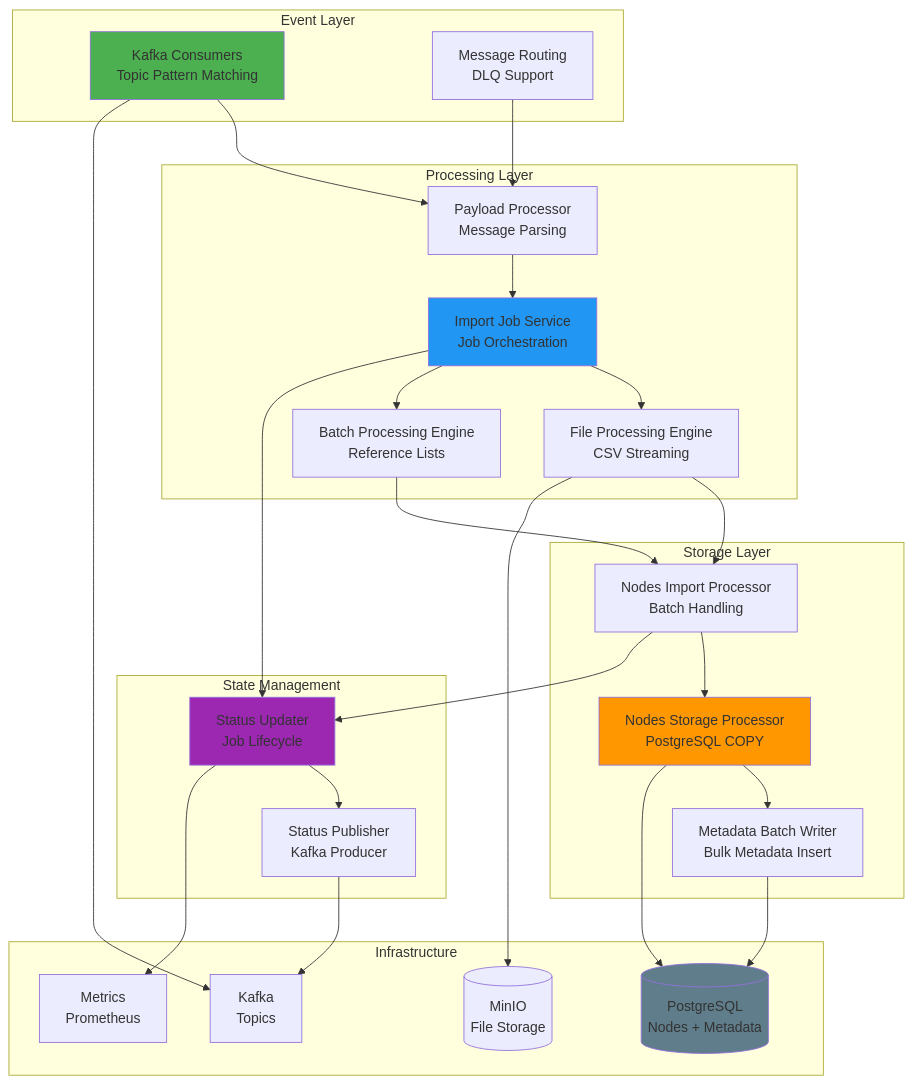
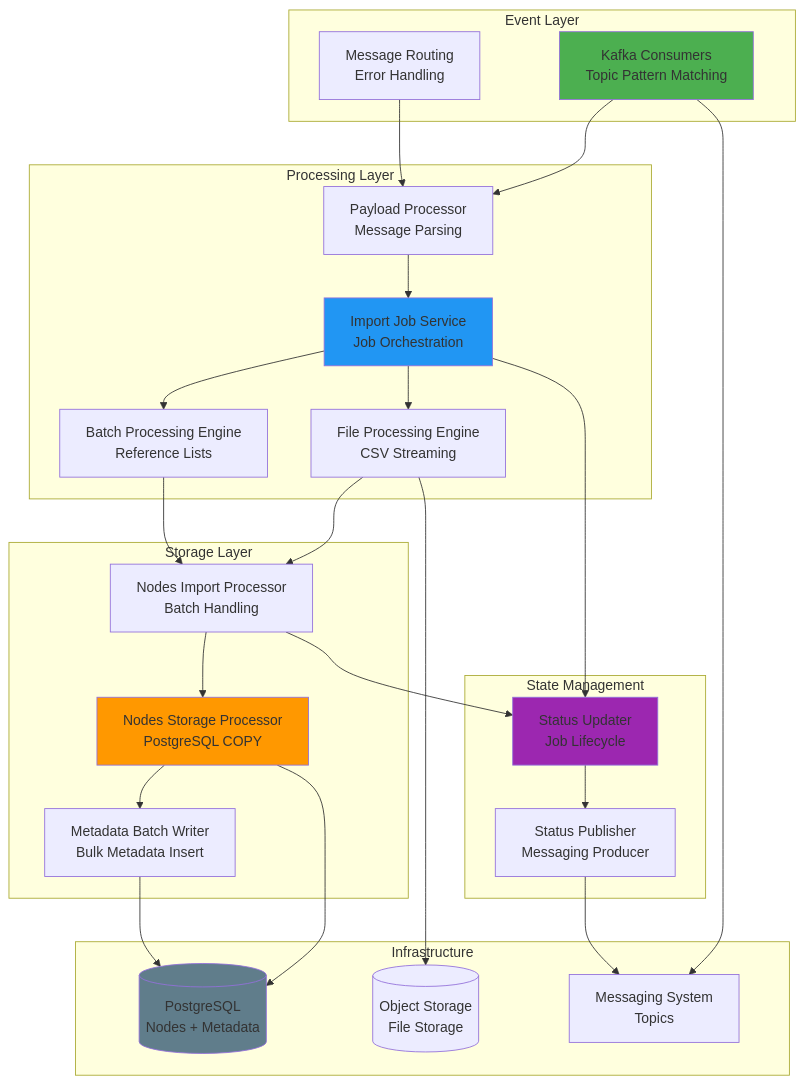
Before and after one commit to kagit00/schedule_x: the second of 27 diagrams in docs/Low Level Designs/NodesImport.md, drawn with Mermaid. The commit also changed other lines of this file and 7 other files, not shown here.

````diff
--- a/docs/Low Level Designs/NodesImport.md
+++ b/docs/Low Level Designs/NodesImport.md
@@ -118,59 +79,57 @@
 ```mermaid
 graph TB
     subgraph "Event Layer"
         A1[Kafka Consumers<br/>Topic Pattern Matching]
-        A2[Message Routing<br/>DLQ Support]
+        A2[Message Routing<br/>Error Handling]
     end
     
     subgraph "Processing Layer"
         B1[Payload Processor<br/>Message Parsing]
         B2[Import Job Service<br/>Job Orchestration]
         B3[File Processing Engine<br/>CSV Streaming]
         B4[Batch Processing Engine<br/>Reference Lists]
     end
     
     subgraph "Storage Layer"
         C1[Nodes Import Processor<br/>Batch Handling]
         C2[Nodes Storage Processor<br/>PostgreSQL COPY]
         C3[Metadata Batch Writer<br/>Bulk Metadata Insert]
     end
     
     subgraph "State Management"
         D1[Status Updater<br/>Job Lifecycle]
-        D2[Status Publisher<br/>Kafka Producer]
+        D2[Status Publisher<br/>Messaging Producer]
     end
     
     subgraph "Infrastructure"
         E1[(PostgreSQL<br/>Nodes + Metadata)]
-        E2[(MinIO<br/>File Storage)]
-        E3[Kafka<br/>Topics]
-        E4[Metrics<br/>Prometheus]
+        E2[(Object Storage<br/>File Storage)]
+        E3[Messaging System<br/>Topics]
     end
     
     A1 --> B1
     A2 --> B1
     B1 --> B2
     B2 --> B3
     B2 --> B4
     B3 --> C1
     B4 --> C1
     C1 --> C2
     C2 --> C3
     
     B2 --> D1
     C1 --> D1
     D1 --> D2
     
     C2 --> E1
     C3 --> E1
     B3 --> E2
     A1 --> E3
     D2 --> E3
-    D1 --> E4
     
     style A1 fill:#4CAF50
     style B2 fill:#2196F3
     style C2 fill:#FF9800
     style D1 fill:#9C27B0
     style E1 fill:#607D8B
 ```
````
